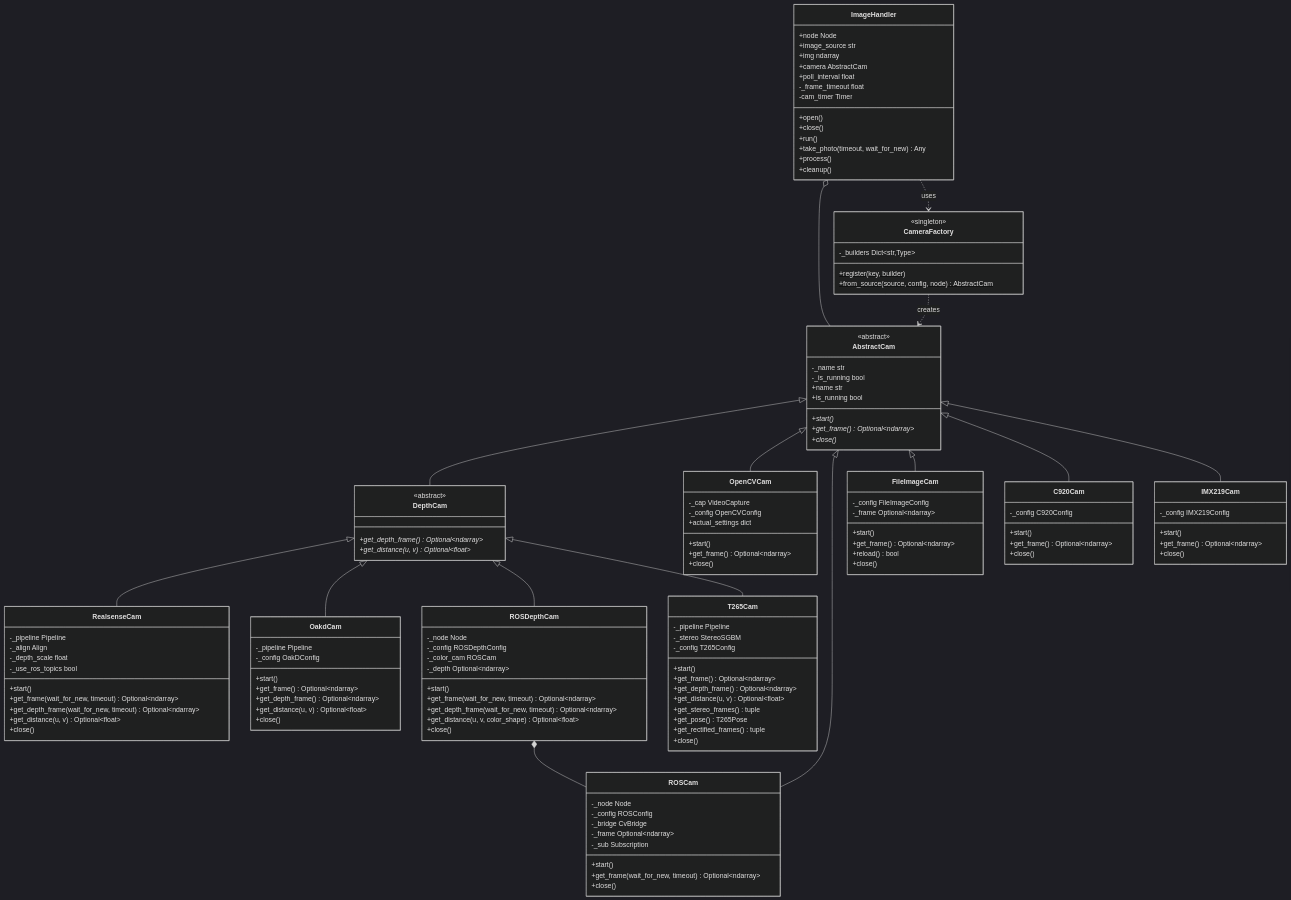
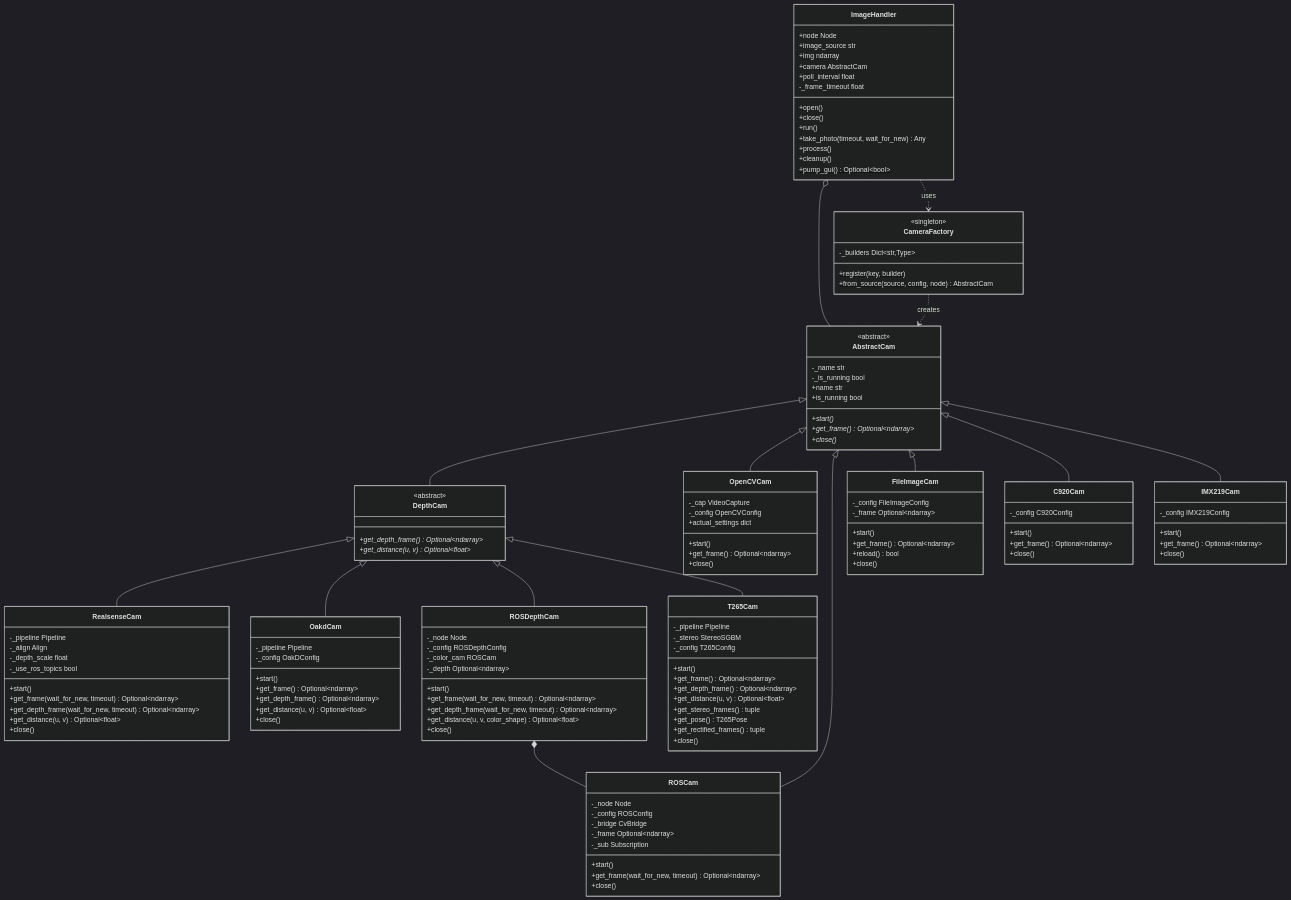
The first of 2 diagrams in i18n/pt/modules/vision/camera.md (Black-Bee-Drones/nectar-sdk), drawn with Mermaid (dark theme) before and after one commit. The commit also changed other lines of this file and 19 other files, not shown here.

Commit message:
feat(vision): ImageHandler to use worker thread for frame capture and update GUI handling with runtime pump

```diff
--- a/i18n/pt/modules/vision/camera.md
+++ b/i18n/pt/modules/vision/camera.md
@@ -136,13 +136,13 @@
         +camera AbstractCam
         +poll_interval float
         -_frame_timeout float
-        -cam_timer Timer
         +open()
         +close()
         +run()
         +take_photo(timeout, wait_for_new) Any
         +process()
         +cleanup()
+        +pump_gui()$ Optional~bool~
     }
 
     AbstractCam <|-- DepthCam
```
